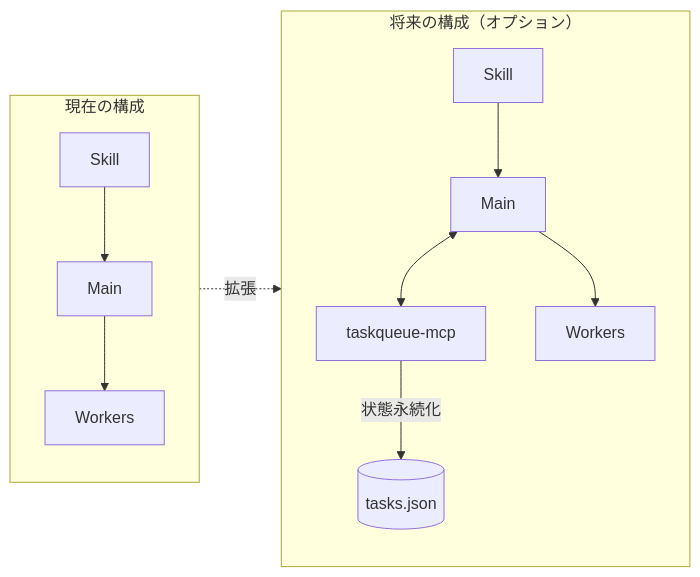
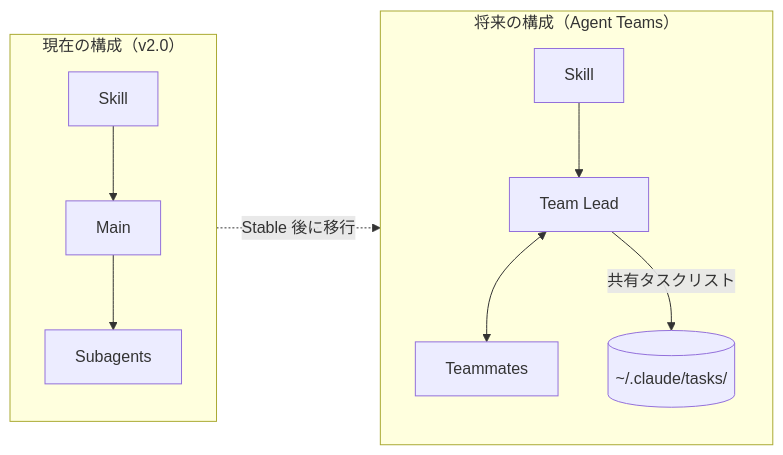
Before and after one commit to sougetuOte/LivingArchitectModel: the fifth of 5 diagrams in docs/specs/lam-orchestrate-design.md, drawn with Mermaid. The commit also changed other lines of this file and 9 other files, not shown here.

First line of the commit message:
feat: add lam-orchestrate skill and custom subagents

````diff
--- a/docs/specs/lam-orchestrate-design.md
+++ b/docs/specs/lam-orchestrate-design.md
@@ -629,16 +686,15 @@
 ```mermaid
 flowchart LR
-    subgraph Current["現在の構成"]
+    subgraph Current["現在の構成（v2.0）"]
         S1[Skill] --> M1[Main]
-        M1 --> W1[Workers]
+        M1 --> W1[Subagents]
     end
 
-    subgraph Future["将来の構成（オプション）"]
-        S2[Skill] --> M2[Main]
-        M2 <--> TQ[taskqueue-mcp]
-        M2 --> W2[Workers]
-        TQ --> |状態永続化| DB[(tasks.json)]
+    subgraph Future["将来の構成（Agent Teams）"]
+        S2[Skill] --> TL[Team Lead]
+        TL <--> TM[Teammates]
+        TL --> |共有タスクリスト| TQ[(~/.claude/tasks/)]
     end
 
-    Current -.->|拡張| Future
+    Current -.->|Stable 後に移行| Future
 ```
````
